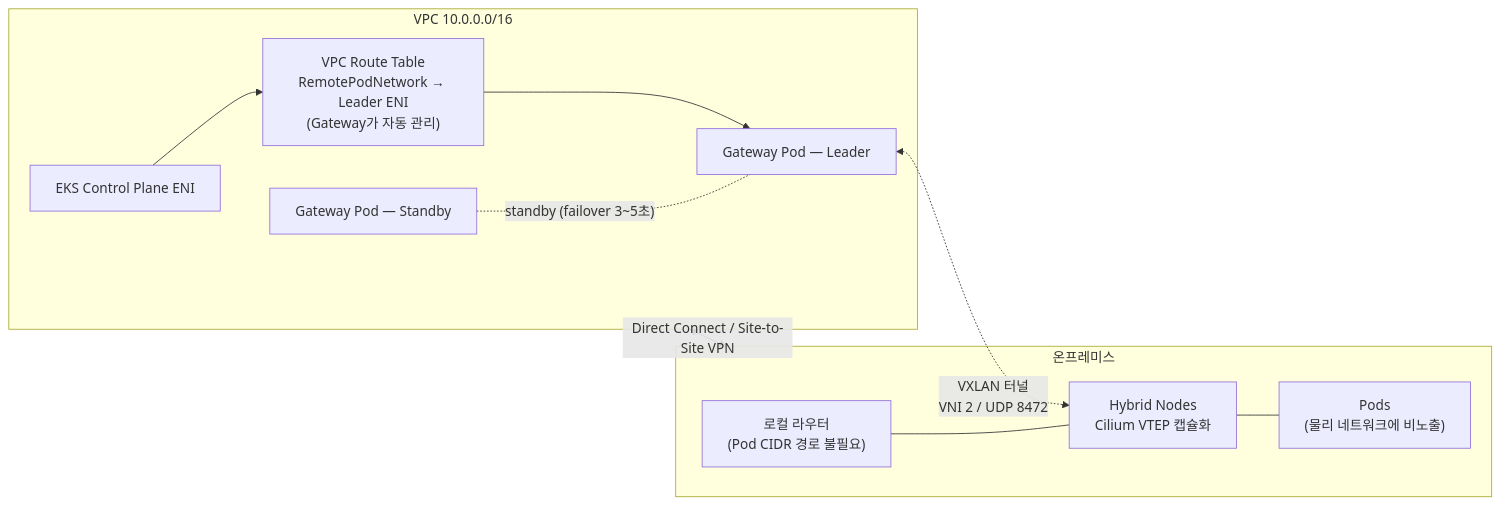
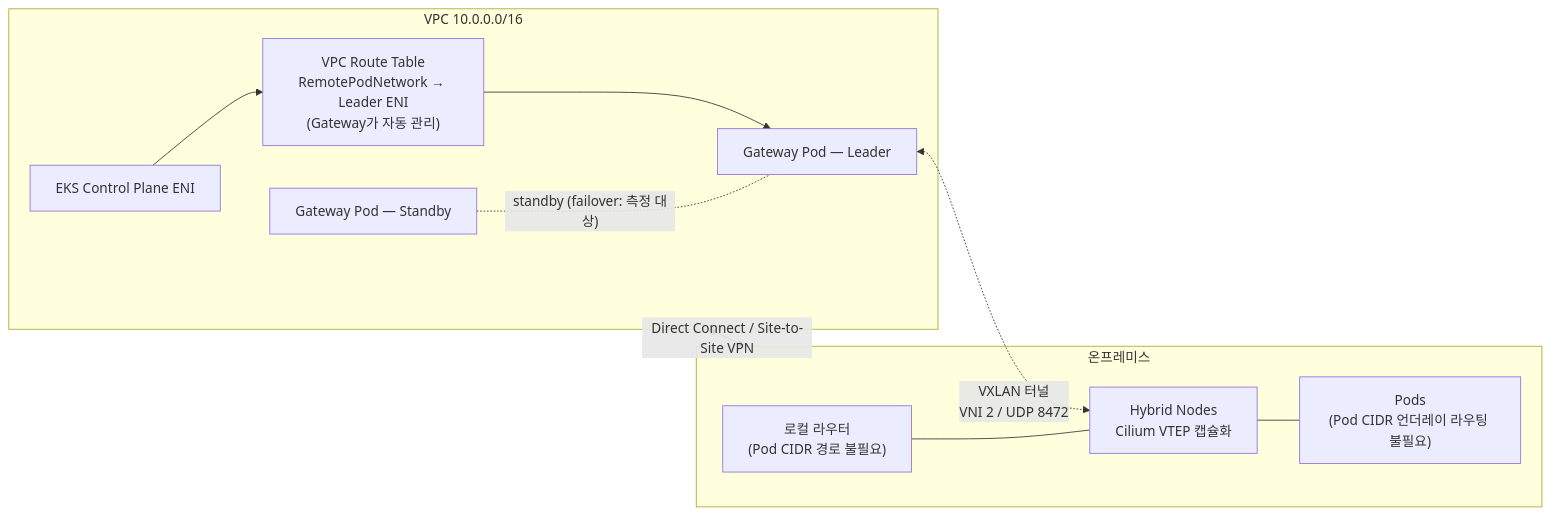
One commit to devfloor9/engineering-playbook changed the first of 2 diagrams in docs/eks-hybrid-nodes/networking/hybrid-nodes-gateway.md. Above: the diagram before and after it, drawn with Mermaid. The commit also changed other lines of this file and 29 other files, not shown here.

````diff
--- a/docs/eks-hybrid-nodes/networking/hybrid-nodes-gateway.md
+++ b/docs/eks-hybrid-nodes/networking/hybrid-nodes-gateway.md
@@ -32,21 +32,21 @@
 ```mermaid
 flowchart LR
     subgraph VPC["VPC 10.0.0.0/16"]
         CP["EKS Control Plane ENI"]
         RT["VPC Route Table<br/>RemotePodNetwork → Leader ENI<br/>(Gateway가 자동 관리)"]
         GW1["Gateway Pod — Leader"]
         GW2["Gateway Pod — Standby"]
     end
     subgraph ONPREM["온프레미스"]
         RTR["로컬 라우터<br/>(Pod CIDR 경로 불필요)"]
         HN["Hybrid Nodes<br/>Cilium VTEP 캡슐화"]
-        POD["Pods<br/>(물리 네트워크에 비노출)"]
+        POD["Pods<br/>(Pod CIDR 언더레이 라우팅 불필요)"]
     end
     CP --> RT
     RT --> GW1
     GW1 <-. "VXLAN 터널<br/>VNI 2 / UDP 8472" .-> HN
-    GW2 -. "standby (failover 3~5초)" .- GW1
+    GW2 -. "standby (failover: 측정 대상)" .- GW1
     VPC <--"Direct Connect / Site-to-Site VPN"--> ONPREM
     RTR --- HN
     HN --- POD
 ```
````
